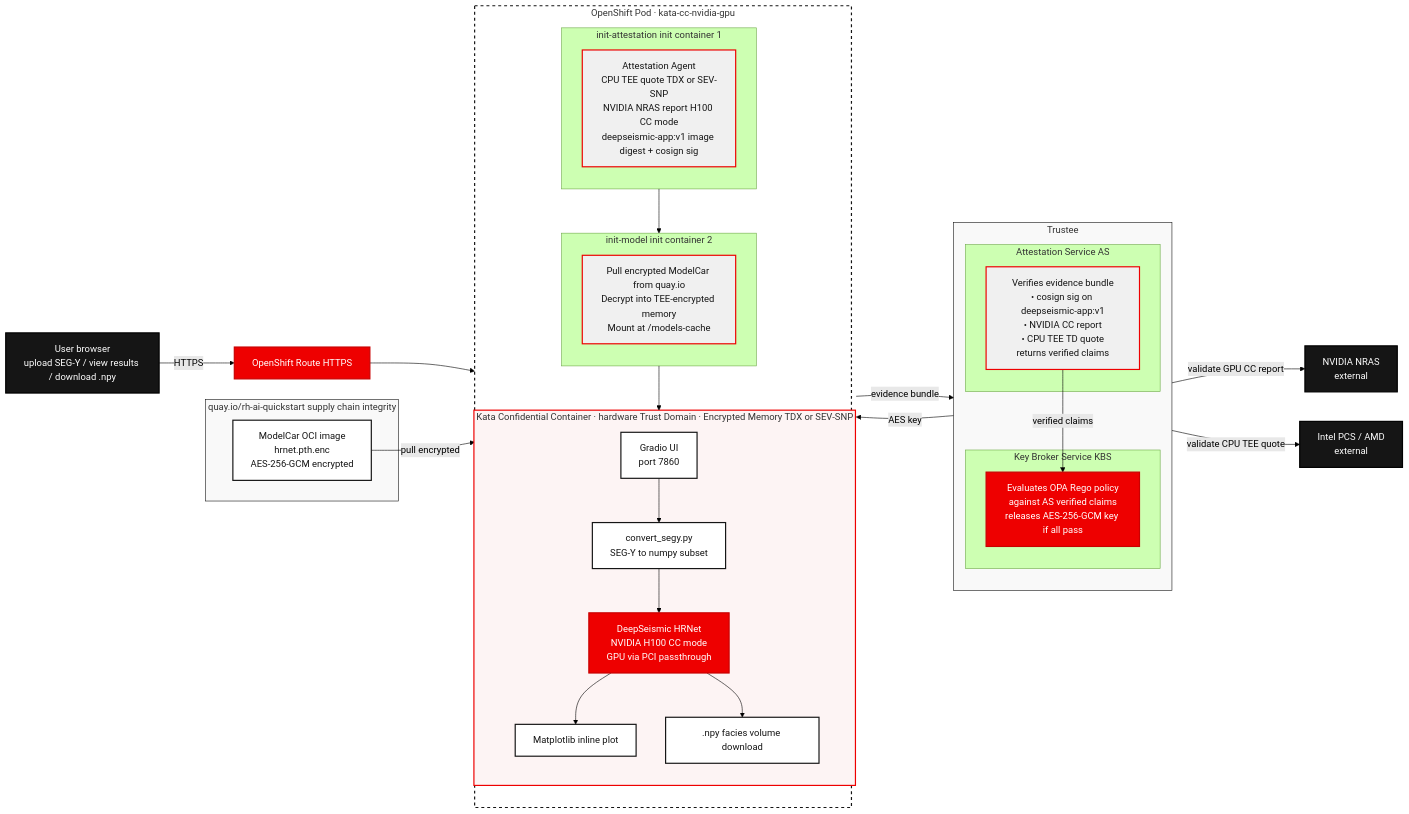
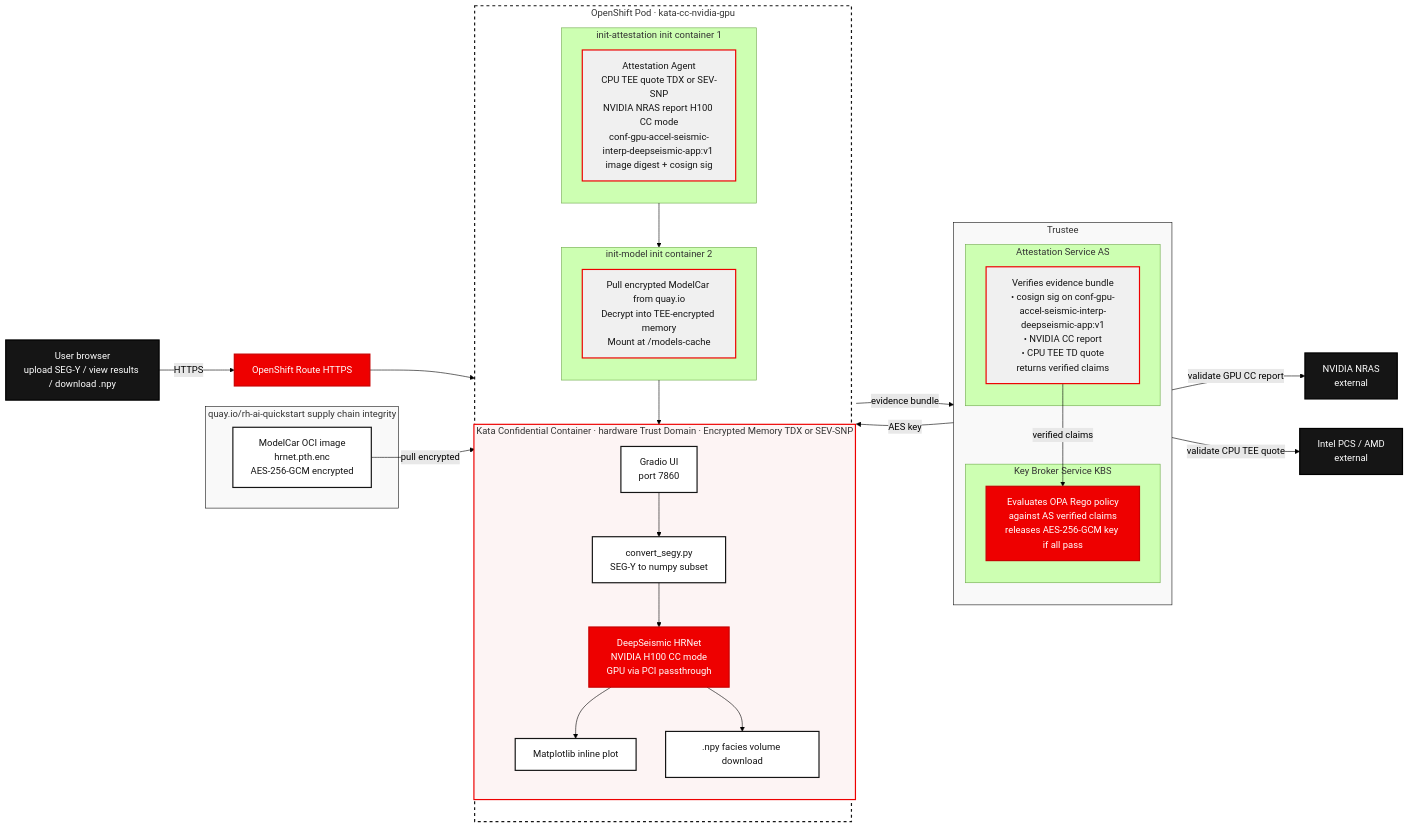
The diagram in README.md (lkatalin/confidential-gpu-accelerated-seismic-interpretation), drawn with Mermaid (forest theme) before and after one commit. The commit also changed other lines of this file and 31 other files, not shown here.

````diff
--- a/README.md
+++ b/README.md
@@ -125,63 +125,63 @@
 ```mermaid
 flowchart LR
     %% Red Hat Class Definitions
     classDef default fill:#F0F0F0,stroke:#EE0000,stroke-width:2px,color:#151515;
     classDef rhRed fill:#EE0000,stroke:#C90000,stroke-width:2px,color:#FFFFFF;
     classDef rhBlack fill:#151515,stroke:#000000,stroke-width:2px,color:#FFFFFF;
     classDef rhOutline fill:#FFFFFF,stroke:#151515,stroke-width:2px,color:#151515;
 
     Browser["User browser\nupload SEG-Y / view results / download .npy"]:::rhBlack
     Route["OpenShift Route HTTPS"]:::rhRed
     Browser -->|HTTPS| Route
 
     subgraph Quay["quay.io/rh-ai-quickstart  supply chain integrity"]
         ModelCar["ModelCar OCI image\nhrnet.pth.enc\nAES-256-GCM encrypted"]:::rhOutline
     end
 
     subgraph Trustee["Trustee"]
         direction TB
         subgraph AS["Attestation Service AS"]
-            ASVerify["Verifies evidence bundle\n• cosign sig on deepseismic-app:v1\n• NVIDIA CC report\n• CPU TEE TD quote\nreturns verified claims"]:::default
+            ASVerify["Verifies evidence bundle\n• cosign sig on conf-gpu-accel-seismic-interp-deepseismic-app:v1\n• NVIDIA CC report\n• CPU TEE TD quote\nreturns verified claims"]:::default
         end
         subgraph KBS["Key Broker Service KBS"]
             KBSPolicy["Evaluates OPA Rego policy\nagainst AS verified claims\nreleases AES-256-GCM key if all pass"]:::rhRed
         end
         ASVerify -->|verified claims| KBSPolicy
     end
 
     NRAS["NVIDIA NRAS\nexternal"]:::rhBlack
     PCS["Intel PCS / AMD\nexternal"]:::rhBlack
     ASVerify -->|validate GPU CC report| NRAS
     ASVerify -->|validate CPU TEE quote| PCS
 
     subgraph Pod["OpenShift Pod · kata-cc-nvidia-gpu"]
         direction TB
         subgraph Init1["init-attestation  init container 1"]
-            Agent["Attestation Agent\nCPU TEE quote TDX or SEV-SNP\nNVIDIA NRAS report H100 CC mode\ndeepseismic-app:v1 image digest + cosign sig"]:::default
+            Agent["Attestation Agent\nCPU TEE quote TDX or SEV-SNP\nNVIDIA NRAS report H100 CC mode\nconf-gpu-accel-seismic-interp-deepseismic-app:v1 image digest + cosign sig"]:::default
         end
         subgraph Init2["init-model  init container 2"]
             ModelPull["Pull encrypted ModelCar from quay.io\nDecrypt into TEE-encrypted memory\nMount at /models-cache"]:::default
         end
         subgraph CC["Kata Confidential Container · hardware Trust Domain · Encrypted Memory TDX or SEV-SNP"]
             Gradio["Gradio UI\nport 7860"]:::rhOutline
             Convert["convert_segy.py\nSEG-Y to numpy subset"]:::rhOutline
             DeepSeismic["DeepSeismic HRNet\nNVIDIA H100 CC mode\nGPU via PCI passthrough"]:::rhRed
             Plot["Matplotlib inline plot"]:::rhOutline
             NPY[".npy facies volume download"]:::rhOutline
         end
         Init1 --> Init2 --> CC
         Gradio --> Convert --> DeepSeismic --> Plot
         DeepSeismic --> NPY
     end
 
     Route --> Gradio
     Agent -->|evidence bundle| AS
     KBSPolicy -->|AES key| Init1
     ModelCar -->|pull encrypted| ModelPull
 
     %% Subgraph Styling for cleaner boundaries
     style Pod fill:#ffffff,stroke:#151515,stroke-width:2px,stroke-dasharray: 5 5
     style CC fill:#fdf4f4,stroke:#EE0000,stroke-width:2px
     style Trustee fill:#f9f9f9,stroke:#151515,stroke-width:1px
     style Quay fill:#f9f9f9,stroke:#151515,stroke-width:1px
 ```
````
